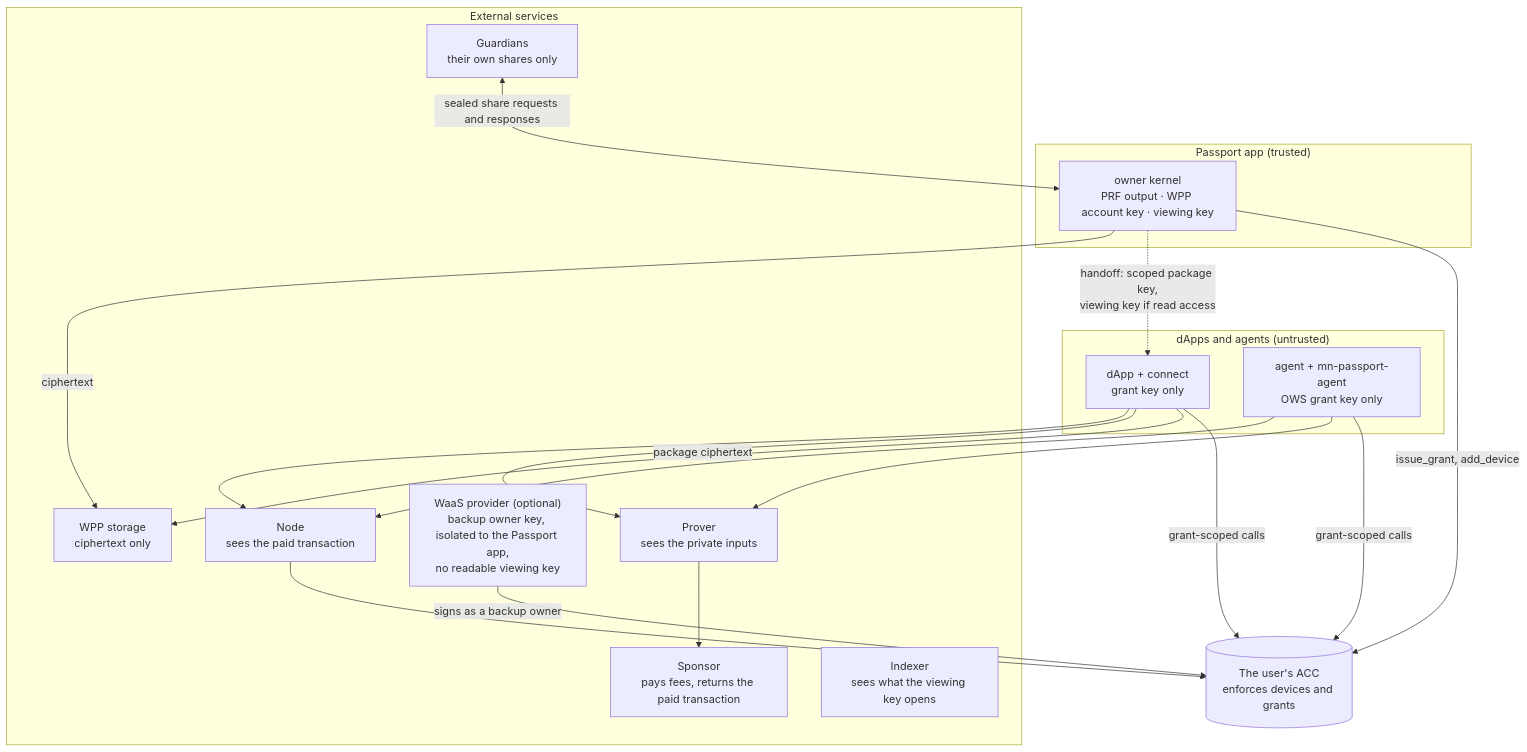
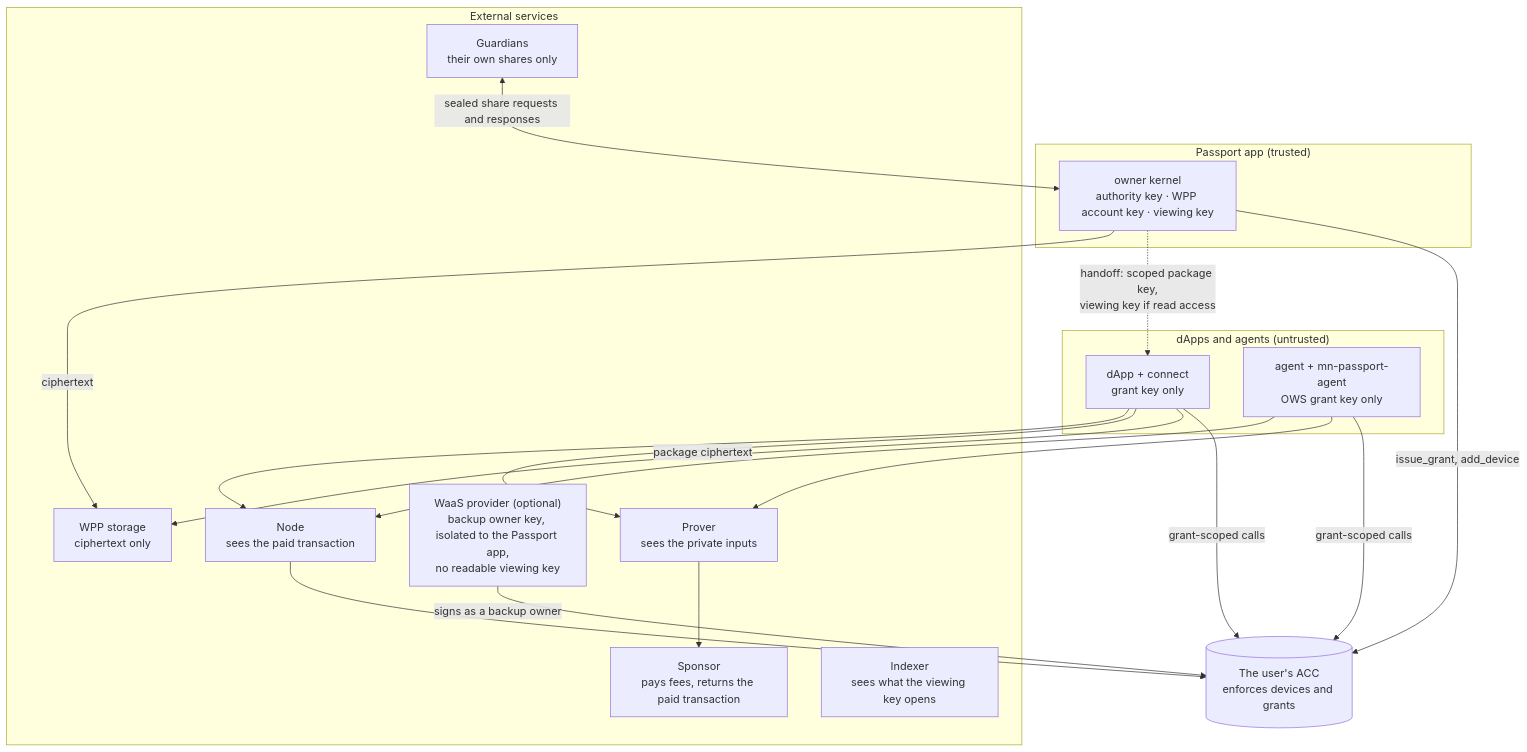
One commit to midnightntwrk/midnight-passport-sdk changed the diagram in docs/architecture.md. Above: the diagram before and after it, drawn with Mermaid. The commit also changed other lines of this file and 6 other files, not shown here.

````diff
--- a/docs/architecture.md
+++ b/docs/architecture.md
@@ -315,35 +315,35 @@
 ```mermaid
 flowchart TB
   subgraph APP["Passport app (trusted)"]
-    KERNEL["owner kernel<br/>PRF output · WPP account key · viewing key"]
+    KERNEL["owner kernel<br/>authority key · WPP account key · viewing key"]
   end
   subgraph CLIENTS["dApps and agents (untrusted)"]
     DAPP["dApp + connect<br/>grant key only"]
     AGENT["agent + mn-passport-agent<br/>OWS grant key only"]
   end
   subgraph EXT["External services"]
     PROVER["Prover<br/>sees the private inputs"]
     SPONSOR["Sponsor<br/>pays fees, returns the paid transaction"]
     NODE["Node<br/>sees the paid transaction"]
     WAAS["WaaS provider (optional)<br/>backup owner key, isolated to the Passport app,<br/>no readable viewing key"]
     WPP["WPP storage<br/>ciphertext only"]
     IDX["Indexer<br/>sees what the viewing key opens"]
     GUARD["Guardians<br/>their own shares only"]
   end
   ACC[("The user's ACC<br/>enforces devices and grants")]
 
   KERNEL -->|"issue_grant, add_device"| ACC
   KERNEL -.->|"handoff: scoped package key,<br/>viewing key if read access"| DAPP
   KERNEL -->|"ciphertext"| WPP
   DAPP -->|"grant-scoped calls"| ACC
   AGENT -->|"grant-scoped calls"| ACC
   DAPP -->|"package ciphertext"| WPP
   GUARD <-->|"sealed share requests and responses"| KERNEL
   DAPP --> PROVER
   AGENT --> PROVER
   PROVER --> SPONSOR
   DAPP --> NODE
   AGENT --> NODE
   NODE --> ACC
   WAAS -->|"signs as a backup owner"| ACC
 ```
````
